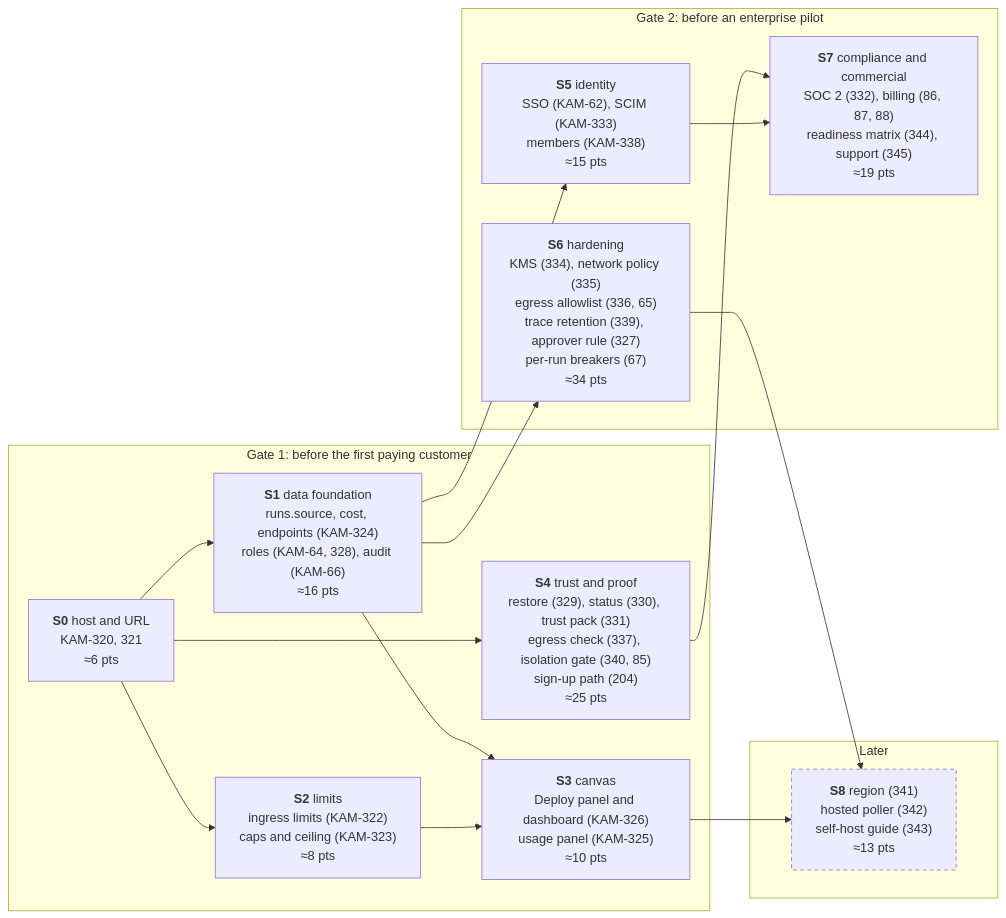
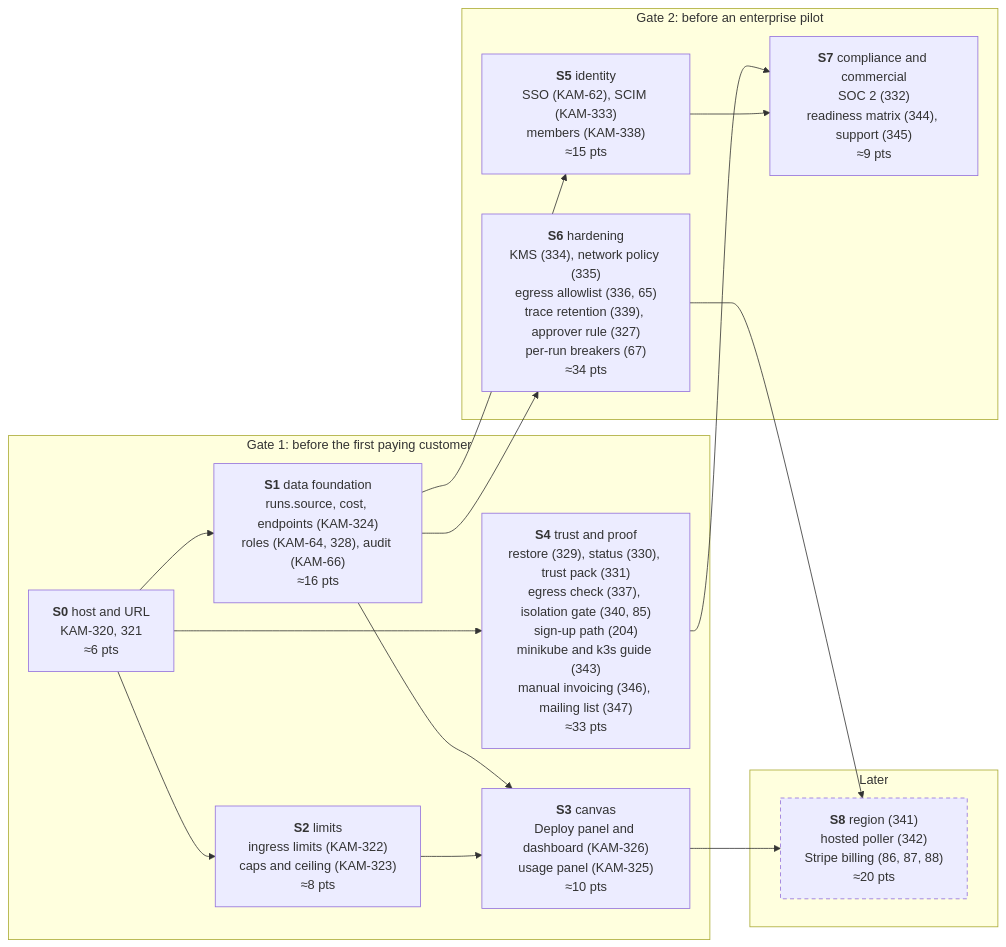
Before and after one commit to leejianrong/kampong-agents: the diagram in docs/hosted/build-plan.md, drawn with Mermaid. The commit also changed other lines of this file and 1 other file, not shown here.

First line of the commit message:
docs: record the owner's hosting, invoicing and gate-order decisions in the hosted plan (#344)

````diff
--- a/docs/hosted/build-plan.md
+++ b/docs/hosted/build-plan.md
@@ -13,31 +18,31 @@
 ```mermaid
 %% fig: plan
 flowchart LR
   subgraph g1 ["Gate 1: before the first paying customer"]
     s0["<b>S0</b> host and URL<br/>KAM-320, 321<br/>≈6 pts"]
     s1["<b>S1</b> data foundation<br/>runs.source, cost, endpoints (KAM-324)<br/>roles (KAM-64, 328), audit (KAM-66)<br/>≈16 pts"]
     s2["<b>S2</b> limits<br/>ingress limits (KAM-322)<br/>caps and ceiling (KAM-323)<br/>≈8 pts"]
     s3["<b>S3</b> canvas<br/>Deploy panel and dashboard (KAM-326)<br/>usage panel (KAM-325)<br/>≈10 pts"]
-    s4["<b>S4</b> trust and proof<br/>restore (329), status (330), trust pack (331)<br/>egress check (337), isolation gate (340, 85)<br/>sign-up path (204)<br/>≈25 pts"]
+    s4["<b>S4</b> trust and proof<br/>restore (329), status (330), trust pack (331)<br/>egress check (337), isolation gate (340, 85)<br/>sign-up path (204)<br/>minikube and k3s guide (343)<br/>manual invoicing (346), mailing list (347)<br/>≈33 pts"]
   end
   subgraph g2 ["Gate 2: before an enterprise pilot"]
     s5["<b>S5</b> identity<br/>SSO (KAM-62), SCIM (KAM-333)<br/>members (KAM-338)<br/>≈15 pts"]
     s6["<b>S6</b> hardening<br/>KMS (334), network policy (335)<br/>egress allowlist (336, 65)<br/>trace retention (339), approver rule (327)<br/>per-run breakers (67)<br/>≈34 pts"]
-    s7["<b>S7</b> compliance and commercial<br/>SOC 2 (332), billing (86, 87, 88)<br/>readiness matrix (344), support (345)<br/>≈19 pts"]
+    s7["<b>S7</b> compliance and commercial<br/>SOC 2 (332)<br/>readiness matrix (344), support (345)<br/>≈9 pts"]
   end
   subgraph g3 ["Later"]
-    s8["<b>S8</b> region (341)<br/>hosted poller (342)<br/>self-host guide (343)<br/>≈13 pts"]:::later
+    s8["<b>S8</b> region (341)<br/>hosted poller (342)<br/>Stripe billing (86, 87, 88)<br/>≈20 pts"]:::later
   end
   s0 --> s1
   s0 --> s2
   s0 --> s4
   s1 --> s3
   s2 --> s3
   s1 --> s5
   s1 --> s6
   s4 --> s7
   s5 --> s7
   s3 --> s8
   s6 --> s8
   classDef later stroke-dasharray: 5 4
 ```
````
